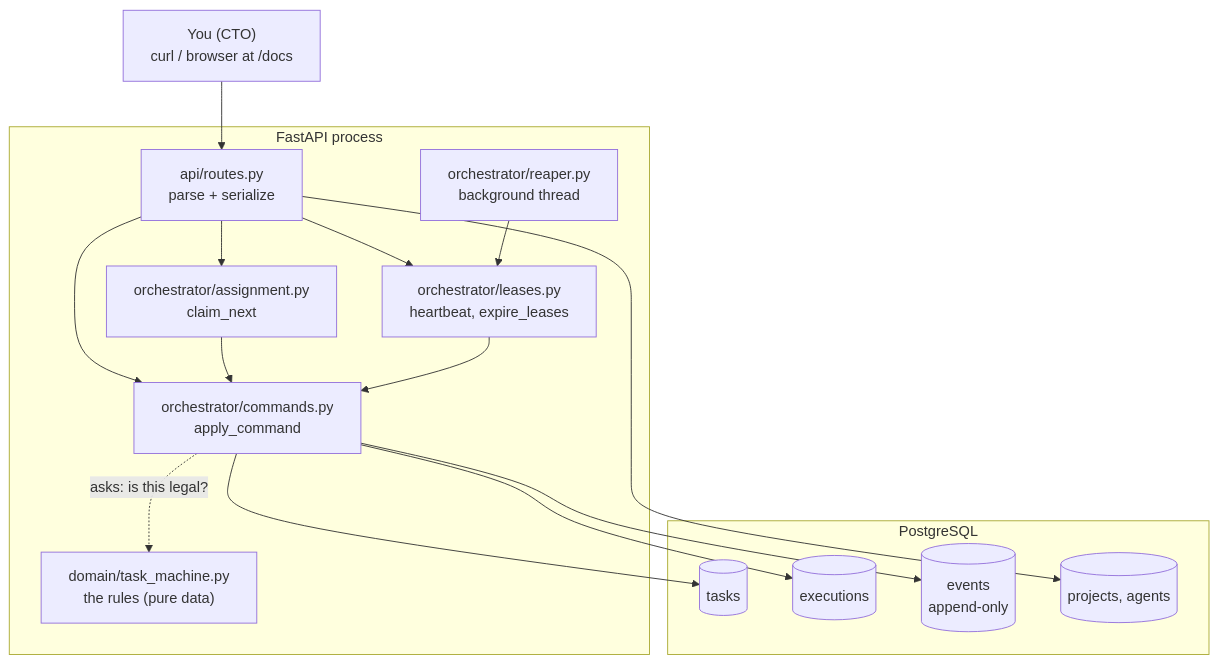
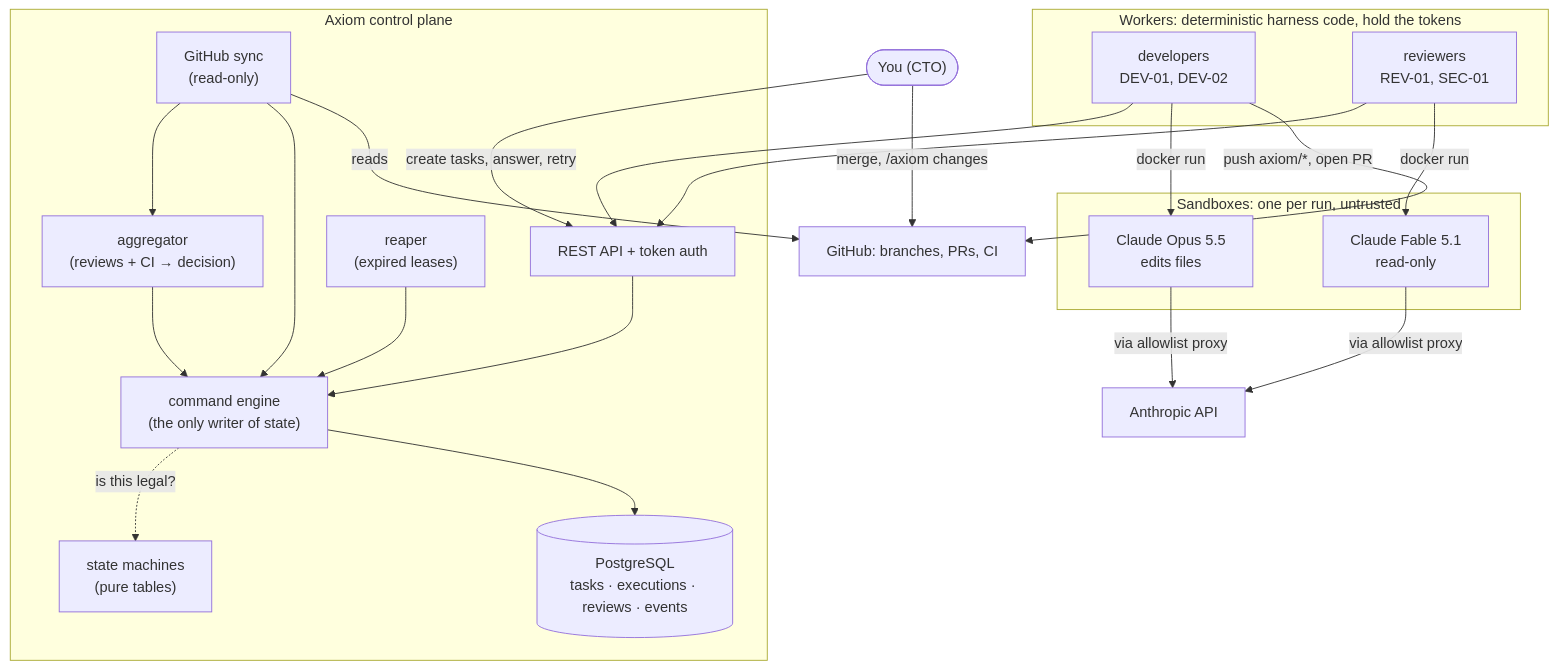
One commit to bharathcmbox/axiom changed the diagram in docs/guide/README.md. Above: the diagram before and after it, drawn with Mermaid. The commit also changed other lines of this file and 18 other files, not shown here.

````diff
--- a/docs/guide/README.md
+++ b/docs/guide/README.md
@@ -35,30 +40,40 @@
 ```mermaid
 flowchart TB
-    you["You (CTO)<br/>curl / browser at /docs"]
-    subgraph api["FastAPI process"]
-        routes["api/routes.py<br/>parse + serialize"]
-        engine["orchestrator/commands.py<br/>apply_command"]
-        claim["orchestrator/assignment.py<br/>claim_next"]
-        leases["orchestrator/leases.py<br/>heartbeat, expire_leases"]
-        reaper["orchestrator/reaper.py<br/>background thread"]
-        table["domain/task_machine.py<br/>the rules (pure data)"]
+    you(["You (CTO)"])
+    subgraph axiom["Axiom control plane"]
+        api["REST API + token auth"]
+        engine["command engine<br/>(the only writer of state)"]
+        rules["state machines<br/>(pure tables)"]
+        agg["aggregator<br/>(reviews + CI → decision)"]
+        reaper["reaper<br/>(expired leases)"]
+        sync["GitHub sync<br/>(read-only)"]
+        db[("PostgreSQL<br/>tasks · executions · reviews · events")]
     end
-    subgraph pg["PostgreSQL"]
-        tasks[(tasks)]
-        execs[(executions)]
-        events[(events<br/>append-only)]
-        reg[(projects, agents)]
+    subgraph workers["Workers: deterministic harness code, hold the tokens"]
+        dev["developers<br/>DEV-01, DEV-02"]
+        rev["reviewers<br/>REV-01, SEC-01"]
     end
-    you --> routes
-    routes --> engine
-    routes --> claim
-    routes --> leases
-    reaper --> leases
-    claim --> engine
-    leases --> engine
-    engine -. "asks: is this legal?" .-> table
-    engine --> tasks
-    engine --> execs
-    engine --> events
-    routes --> reg
+    subgraph sandbox["Sandboxes: one per run, untrusted"]
+        s1["Claude Opus 5.5<br/>edits files"]
+        s2["Claude Fable 5.1<br/>read-only"]
+    end
+    gh["GitHub: branches, PRs, CI"]
+    anth["Anthropic API"]
+    you -->|"merge, /axiom changes"| gh
+    you -->|"create tasks, answer, retry"| api
+    dev --> api
+    rev --> api
+    api --> engine
+    reaper --> engine
+    agg --> engine
+    sync --> agg
+    sync --> engine
+    engine -.->|"is this legal?"| rules
+    engine --> db
+    dev -->|docker run| s1
+    rev -->|docker run| s2
+    s1 -->|"via allowlist proxy"| anth
+    s2 -->|"via allowlist proxy"| anth
+    dev -->|"push axiom/*, open PR"| gh
+    sync -->|reads| gh
 ```
````
